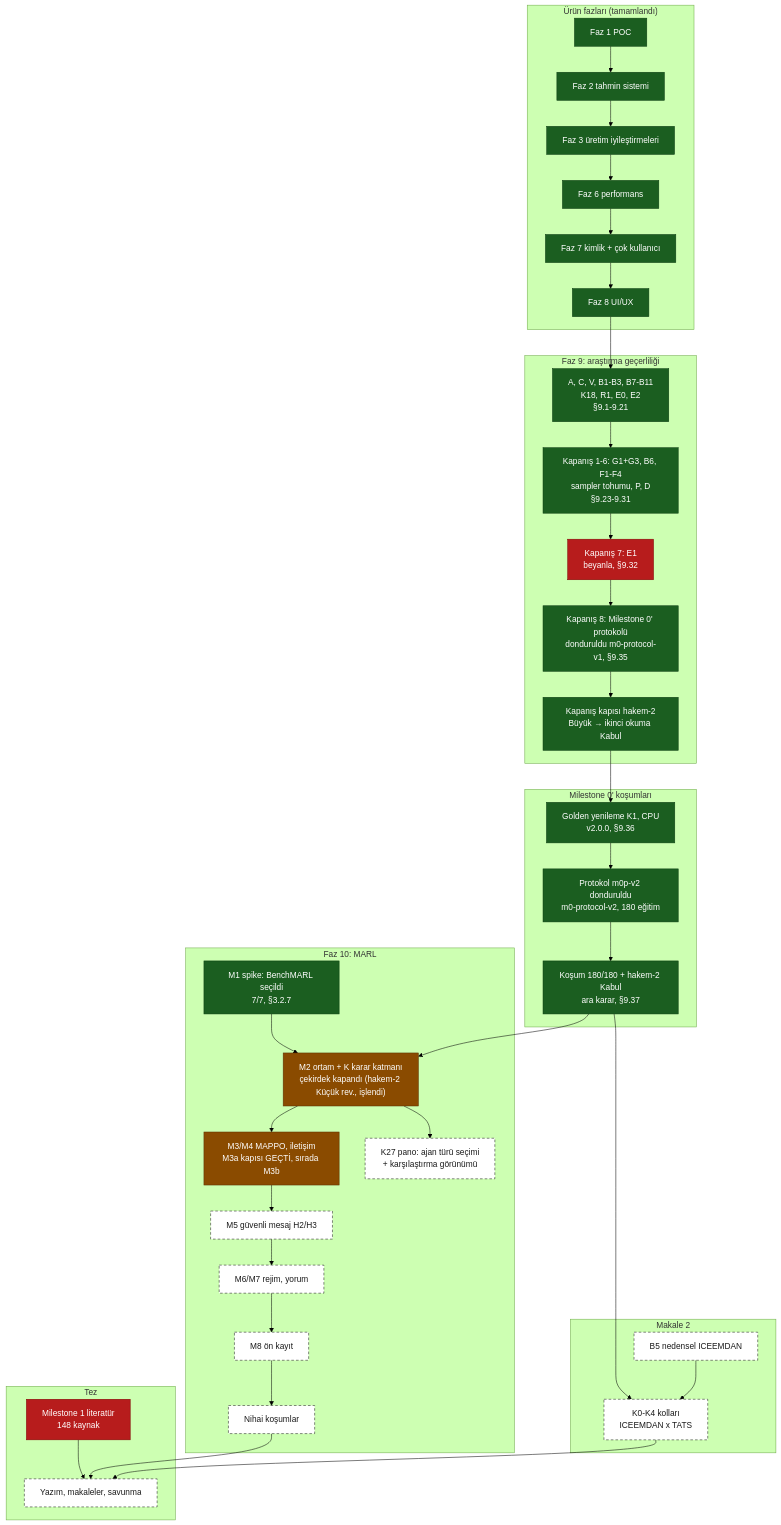
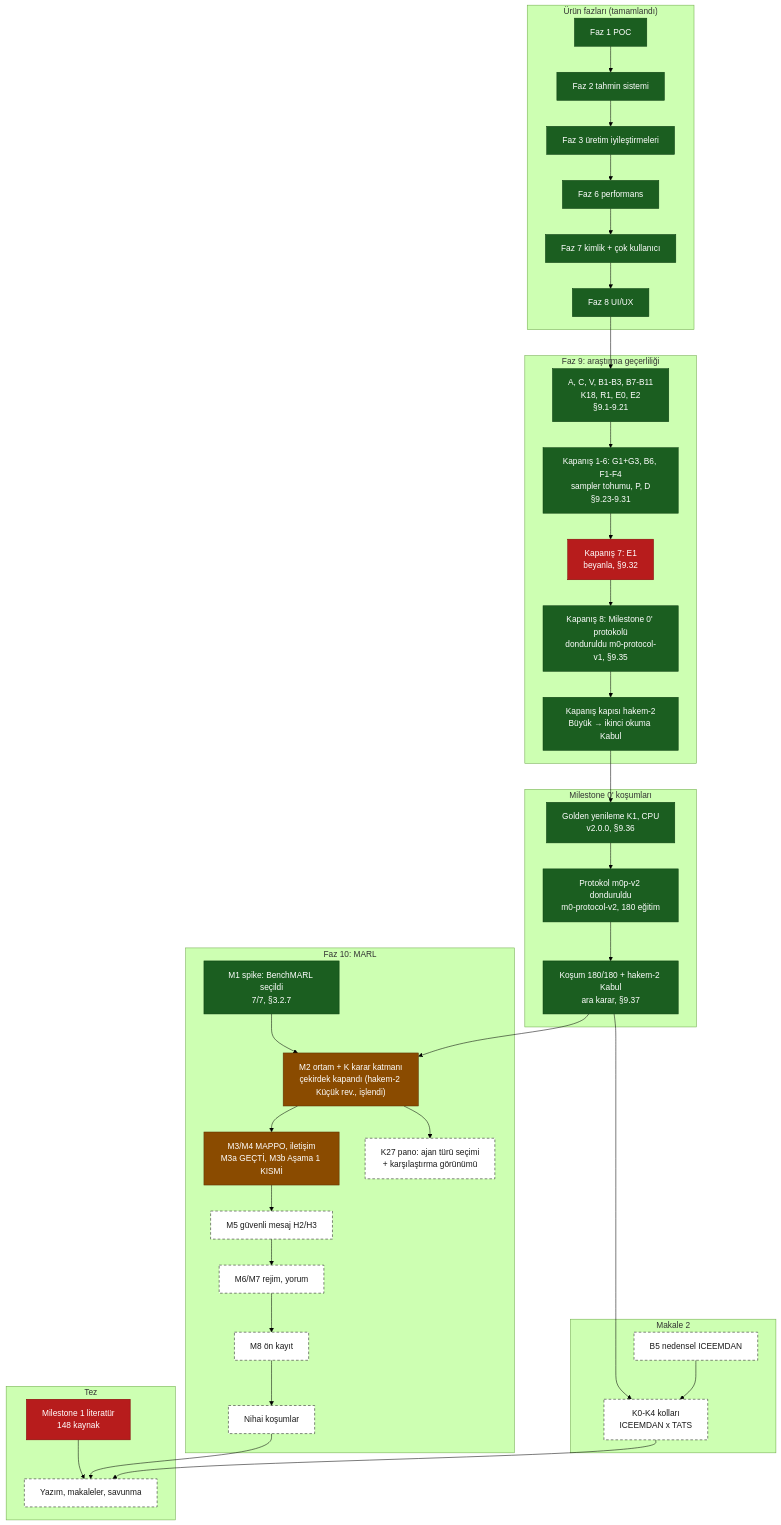
One commit to softdevcan/RL-Trading-Project changed the second of 2 diagrams in docs/development/system-map.md. Above: the diagram before and after it, drawn with Mermaid (forest theme). The commit also changed other lines of this file and 4 other files, not shown here.

````diff
--- a/docs/development/system-map.md
+++ b/docs/development/system-map.md
@@ -112,63 +112,63 @@
 ```mermaid
 flowchart TB
   classDef done fill:#1b5e20,stroke:#0b3d10,color:#ffffff
   classDef partial fill:#b71c1c,stroke:#7f0000,color:#ffffff
   classDef active fill:#8a4b00,stroke:#5a3000,color:#ffffff
   classDef decision fill:#4a148c,stroke:#2a0060,color:#ffffff
   classDef planned fill:#ffffff,stroke:#1a1a1a,stroke-dasharray:5 4,color:#1a1a1a
 
   subgraph URUN["Ürün fazları (tamamlandı)"]
     F1["Faz 1 POC"]:::done
     F2["Faz 2 tahmin sistemi"]:::done
     F3["Faz 3 üretim iyileştirmeleri"]:::done
     F6["Faz 6 performans"]:::done
     F7["Faz 7 kimlik + çok kullanıcı"]:::done
     F8["Faz 8 UI/UX"]:::done
   end
 
   subgraph F9["Faz 9: araştırma geçerliliği"]
     P9A["A, C, V, B1-B3, B7-B11<br/>K18, R1, E0, E2<br/>§9.1-9.21"]:::done
     P9B["Kapanış 1-6: G1+G3, B6, F1-F4<br/>sampler tohumu, P, D<br/>§9.23-9.31"]:::done
     P9E["Kapanış 7: E1<br/>beyanla, §9.32"]:::partial
     P9M["Kapanış 8: Milestone 0' protokolü<br/>donduruldu m0-protocol-v1, §9.35"]:::done
     H2["Kapanış kapısı hakem-2<br/>Büyük → ikinci okuma Kabul"]:::done
   end
 
   subgraph M0["Milestone 0' koşumları"]
     GOLD["Golden yenileme K1, CPU<br/>v2.0.0, §9.36"]:::done
     PRE["Protokol m0p-v2 donduruldu<br/>m0-protocol-v2, 180 eğitim"]:::done
     FIN["Koşum 180/180 + hakem-2 Kabul<br/>ara karar, §9.37"]:::done
   end
 
   subgraph M2P["Makale 2"]
     B5["B5 nedensel ICEEMDAN"]:::planned
     K0K4["K0-K4 kolları<br/>ICEEMDAN x TATS"]:::planned
   end
 
   subgraph F10["Faz 10: MARL"]
     M1["M1 spike: BenchMARL seçildi<br/>7/7, §3.2.7"]:::done
     M2["M2 ortam + K karar katmanı<br/>çekirdek kapandı (hakem-2 Küçük rev., işlendi)"]:::active
-    M34["M3/M4 MAPPO, iletişim<br/>M3a kapısı GEÇTİ, sırada M3b"]:::active
+    M34["M3/M4 MAPPO, iletişim<br/>M3a GEÇTİ, M3b Aşama 1 KISMİ"]:::active
     M5["M5 güvenli mesaj H2/H3"]:::planned
     M67["M6/M7 rejim, yorum"]:::planned
     M8["M8 ön kayıt"]:::planned
     FINAL["Nihai koşumlar"]:::planned
     K27["K27 pano: ajan türü seçimi<br/>+ karşılaştırma görünümü"]:::planned
   end
 
   subgraph TEZ["Tez"]
     T1["Milestone 1 literatür<br/>148 kaynak"]:::partial
     T4["Yazım, makaleler, savunma"]:::planned
   end
 
   F1 --> F2 --> F3 --> F6 --> F7 --> F8 --> P9A --> P9B --> P9E --> P9M --> H2
   H2 --> GOLD --> PRE --> FIN
   FIN --> K0K4
   B5 --> K0K4
   M1 --> M2
   FIN --> M2 --> M34 --> M5 --> M67 --> M8 --> FINAL
   M2 --> K27
   T1 --> T4
   FINAL --> T4
   K0K4 --> T4
 ```
````
